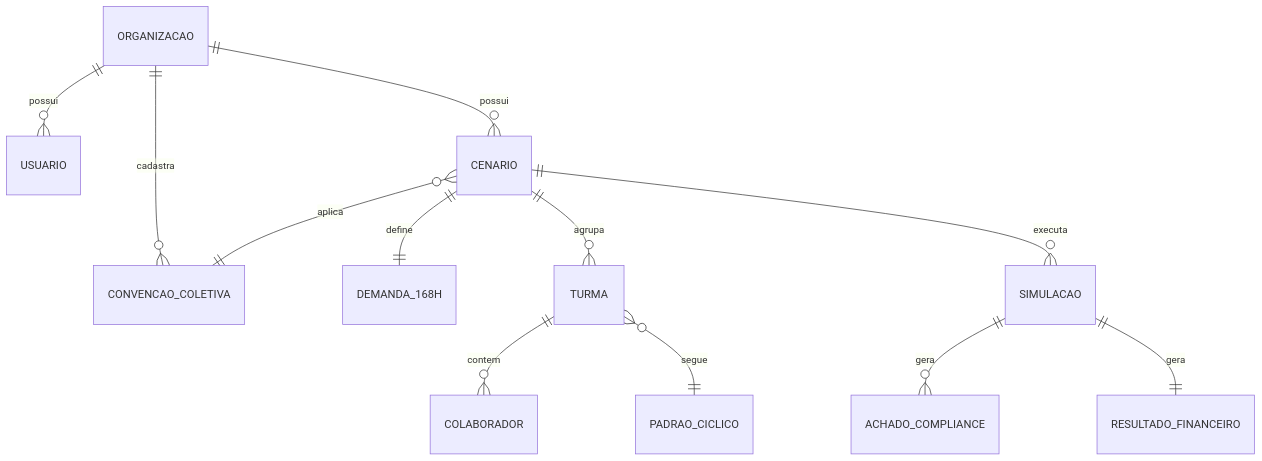
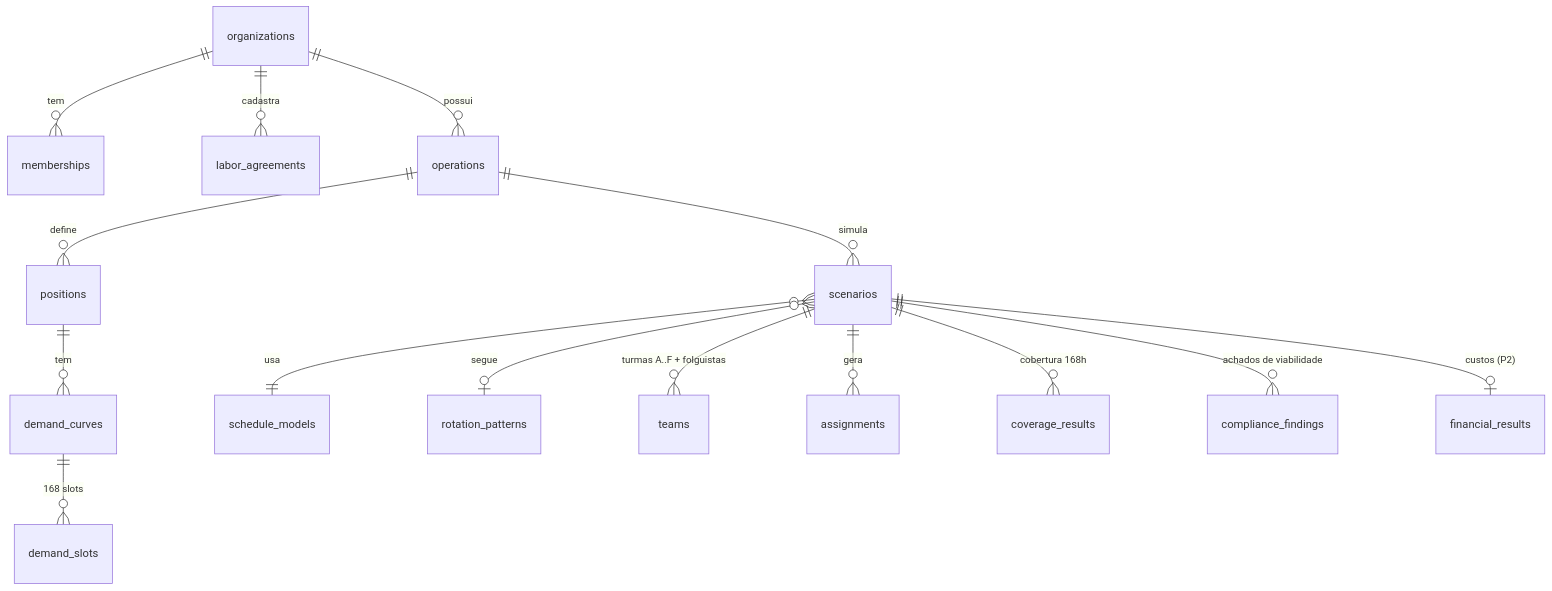
The second of 2 diagrams in docs/simulador-escalas/02-TRD.md (thgterto/Ferramentas-Web), drawn with Mermaid before and after one commit. The commit also changed other lines of this file and 6 other files, not shown here.

````diff
--- a/docs/simulador-escalas/02-TRD.md
+++ b/docs/simulador-escalas/02-TRD.md
@@ -122,14 +128,17 @@
 ```mermaid
 erDiagram
-  ORGANIZACAO ||--o{ USUARIO : possui
-  ORGANIZACAO ||--o{ CONVENCAO_COLETIVA : cadastra
-  ORGANIZACAO ||--o{ CENARIO : possui
-  CENARIO ||--|| DEMANDA_168H : define
-  CENARIO ||--o{ TURMA : agrupa
-  CENARIO }o--|| CONVENCAO_COLETIVA : aplica
-  TURMA ||--o{ COLABORADOR : contem
-  TURMA }o--|| PADRAO_CICLICO : segue
-  CENARIO ||--o{ SIMULACAO : executa
-  SIMULACAO ||--o{ ACHADO_COMPLIANCE : gera
-  SIMULACAO ||--|| RESULTADO_FINANCEIRO : gera
+  organizations ||--o{ memberships : tem
+  organizations ||--o{ labor_agreements : cadastra
+  organizations ||--o{ operations : possui
+  operations ||--o{ positions : define
+  positions ||--o{ demand_curves : tem
+  demand_curves ||--o{ demand_slots : "168 slots"
+  operations ||--o{ scenarios : simula
+  scenarios }o--|| schedule_models : usa
+  scenarios }o--o| rotation_patterns : segue
+  scenarios ||--o{ teams : "turmas A..F + folguistas"
+  scenarios ||--o{ assignments : gera
+  scenarios ||--o{ coverage_results : "cobertura 168h"
+  scenarios ||--o{ compliance_findings : "achados de viabilidade"
+  scenarios ||--o| financial_results : "custos (P2)"
 ```
````
